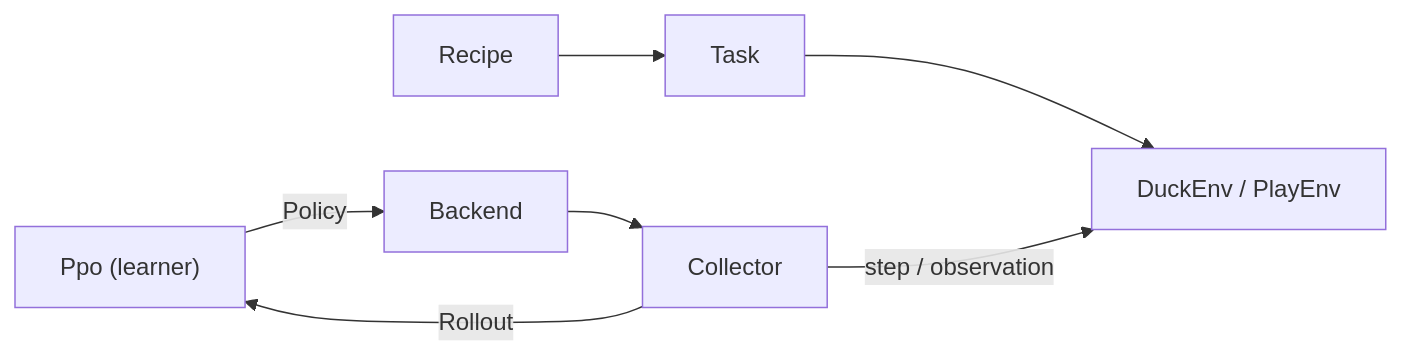
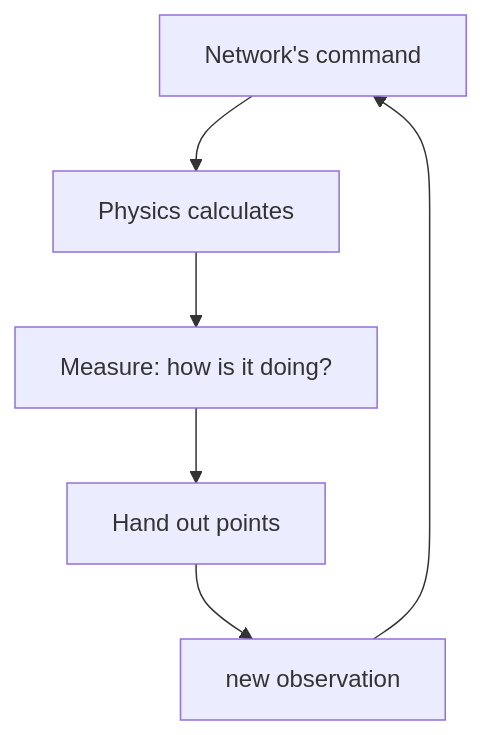
The first of 2 diagrams in kern/docs/book-green/14-lehrer.md (ChristianHohlfeld/kernengine.de), drawn with Mermaid before and after one commit. The commit also changed other lines of this file and 22 other files, not shown here.

````diff
--- a/kern/docs/book-green/14-lehrer.md
+++ b/kern/docs/book-green/14-lehrer.md
@@ -50,9 +92,9 @@
 ```mermaid
-flowchart LR
-  R["Recipe"] --> T["Task"]
-  T --> E["DuckEnv / PlayEnv"]
-  P["Ppo (learner)"] -->|"Policy"| B["Backend"]
-  B --> C["Collector"]
-  C -->|"step / observation"| E
-  C -->|"Rollout"| P
+%% Caption: One tick in the gym, 1/50 of a second for the duck
+flowchart TB
+  B["Network's command"] --> P["Physics calculates"]
+  P --> M["Measure: how is it doing?"]
+  M --> PU["Hand out points"]
+  PU --> O["new observation"]
+  O --> B
 ```
````
